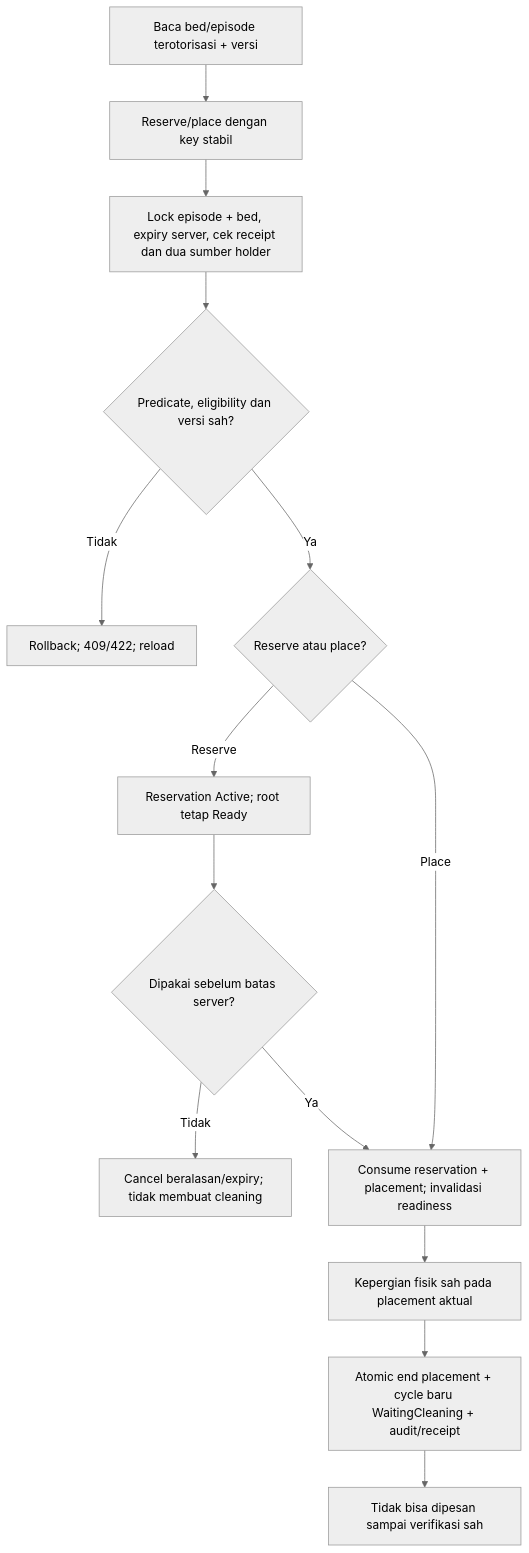
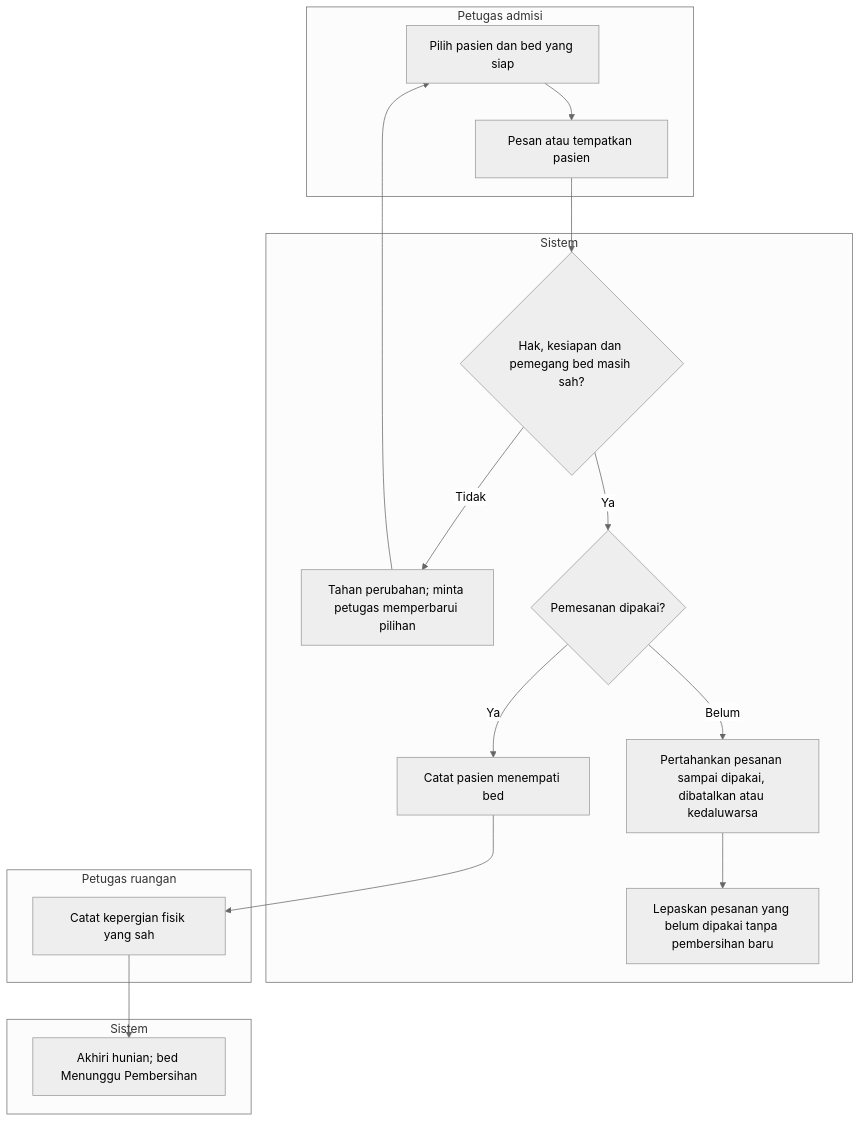
The diagram in docs/module-blueprints/rawat-inap/episode-rawat-inap/flowcharts/09-bed-reservation-release.md (DevBenari/NewQuilvianSystemBackend), drawn with Mermaid (neutral theme) before and after one commit. The commit also changed other lines of this file and 19 other files, not shown here.

````diff
--- a/docs/module-blueprints/rawat-inap/episode-rawat-inap/flowcharts/09-bed-reservation-release.md
+++ b/docs/module-blueprints/rawat-inap/episode-rawat-inap/flowcharts/09-bed-reservation-release.md
@@ -7,16 +7,21 @@
 ```mermaid
 flowchart TD
- A["Baca bed/episode terotorisasi + versi"] --> B["Reserve/place dengan key stabil"]
- B --> C["Lock episode + bed, expiry server, cek receipt dan dua sumber holder"]
- C --> D{"Predicate, eligibility dan versi sah?"}
- D -- Tidak --> E["Rollback; 409/422; reload"]
- D -- Ya --> F{"Reserve atau place?"}
- F -- Reserve --> G["Reservation Active; root tetap Ready"]
- G --> H{"Dipakai sebelum batas server?"}
- H -- Tidak --> I["Cancel beralasan/expiry; tidak membuat cleaning"]
- H -- Ya --> J["Consume reservation + placement; invalidasi readiness"]
- F -- Place --> J
- J --> K["Kepergian fisik sah pada placement aktual"]
- K --> L["Atomic end placement + cycle baru WaitingCleaning + audit/receipt"]
- L --> M["Tidak bisa dipesan sampai verifikasi sah"]
+ subgraph petugas[Petugas admisi]
+  A["Pilih pasien dan bed yang siap"] --> B["Pesan atau tempatkan pasien"]
+ end
+ subgraph sistem[Sistem]
+  B --> C{"Hak, kesiapan dan pemegang bed masih sah?"}
+  C -- Tidak --> D["Tahan perubahan; minta petugas memperbarui pilihan"]
+  C -- Ya --> E{"Pemesanan dipakai?"}
+  E -- Belum --> F["Pertahankan pesanan sampai dipakai, dibatalkan atau kedaluwarsa"]
+  F --> G["Lepaskan pesanan yang belum dipakai tanpa pembersihan baru"]
+  E -- Ya --> H["Catat pasien menempati bed"]
+ end
+ subgraph ruangan[Petugas ruangan]
+  H --> I["Catat kepergian fisik yang sah"]
+ end
+ subgraph pelepasan[Sistem]
+  I --> J["Akhiri hunian; bed Menunggu Pembersihan"]
+ end
+ D --> A
 ```
````
